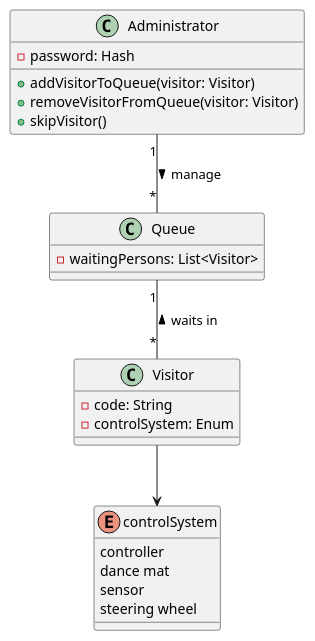
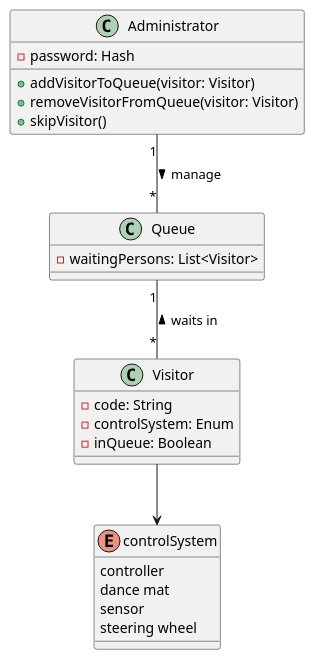
Before and after one commit to 2324-3bhif-teaching/AppointmentManagement: the diagram in asciidocs/plantuml/Klassendiagramm.puml, drawn with PlantUML. The commit also changed 1 other file, not shown here.

```diff
--- a/asciidocs/plantuml/Klassendiagramm.puml
+++ b/asciidocs/plantuml/Klassendiagramm.puml
@@ -1,28 +1,29 @@
 @startuml
 class Queue {
     - waitingPersons: List<Visitor>
 }
 
 class Visitor {
     - code: String
     - controlSystem: Enum
+    - inQueue: Boolean
 }
 
 class Administrator {
     - password: Hash
     + addVisitorToQueue(visitor: Visitor)
     + removeVisitorFromQueue(visitor: Visitor)
     + skipVisitor()
 }
 
 enum controlSystem {
     controller
     dance mat
     sensor
     steering wheel
 }
 
 Queue "1" -- "*" Visitor : < waits in
 Administrator "1" -- "*" Queue : > manage
 Visitor --> controlSystem
 @enduml
```
